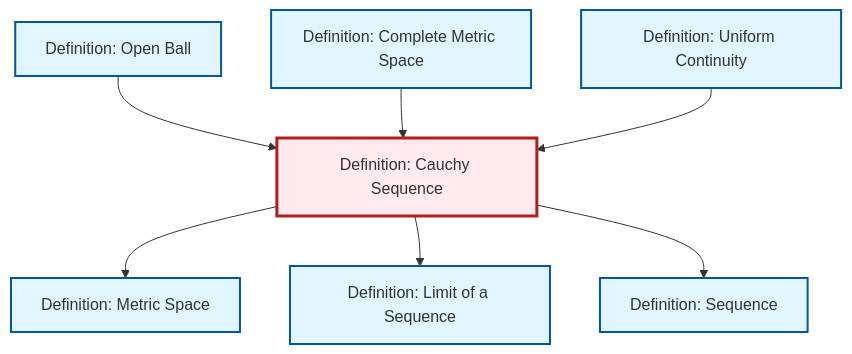
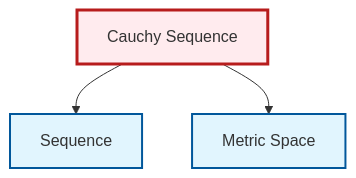
The diagram in content/en/analysis/def-cauchy-sequence.qmd (RK0429/ModernMath), drawn with Mermaid before and after one commit. The commit also changed 328 other files, not shown here.

````diff
--- a/content/en/analysis/def-cauchy-sequence.qmd
+++ b/content/en/analysis/def-cauchy-sequence.qmd
@@ -88,29 +88,17 @@
 ```{mermaid}
 %%| fig-cap: "Local dependency graph"
 graph TD
     classDef definition fill:#e1f5fe,stroke:#01579b,stroke-width:2px
     classDef theorem fill:#f3e5f5,stroke:#4a148c,stroke-width:2px
     classDef axiom fill:#fff3e0,stroke:#e65100,stroke-width:2px
     classDef example fill:#e8f5e9,stroke:#1b5e20,stroke-width:2px
     classDef current fill:#ffebee,stroke:#b71c1c,stroke-width:3px
-    def-cauchy-sequence["Definition: Cauchy Sequence"]:::definition
-    def-uniform-continuity["Definition: Uniform Continuity"]:::definition
-    def-limit["Definition: Limit of a Sequence"]:::definition
-    def-metric-space["Definition: Metric Space"]:::definition
-    def-open-ball["Definition: Open Ball"]:::definition
-    def-complete-metric-space["Definition: Complete Metric Space"]:::definition
-    def-sequence["Definition: Sequence"]:::definition
+    def-sequence["Sequence"]:::definition
+    def-metric-space["Metric Space"]:::definition
+    def-cauchy-sequence["Cauchy Sequence"]:::definition
+    def-cauchy-sequence --> def-sequence
     def-cauchy-sequence --> def-metric-space
-    def-open-ball --> def-cauchy-sequence
-    def-cauchy-sequence --> def-limit
-    def-cauchy-sequence --> def-sequence
-    def-complete-metric-space --> def-cauchy-sequence
-    def-uniform-continuity --> def-cauchy-sequence
     class def-cauchy-sequence current
-    click def-uniform-continuity "def-uniform-continuity.html" "Go to Uniform Continuity definition"
-    click def-limit "def-limit.html" "Go to Limit of a Sequence definition"
-    click def-metric-space "def-metric-space.html" "Go to Metric Space definition"
-    click def-open-ball "def-open-ball.html" "Go to Open Ball definition"
-    click def-complete-metric-space "def-complete-metric-space.html" "Go to Complete Metric Space definition"
-    click def-sequence "def-sequence.html" "Go to Sequence definition"
+    click def-sequence "def-sequence.html" "Go to Sequence"
+    click def-metric-space "def-metric-space.html" "Go to Metric Space"
 ```
````
